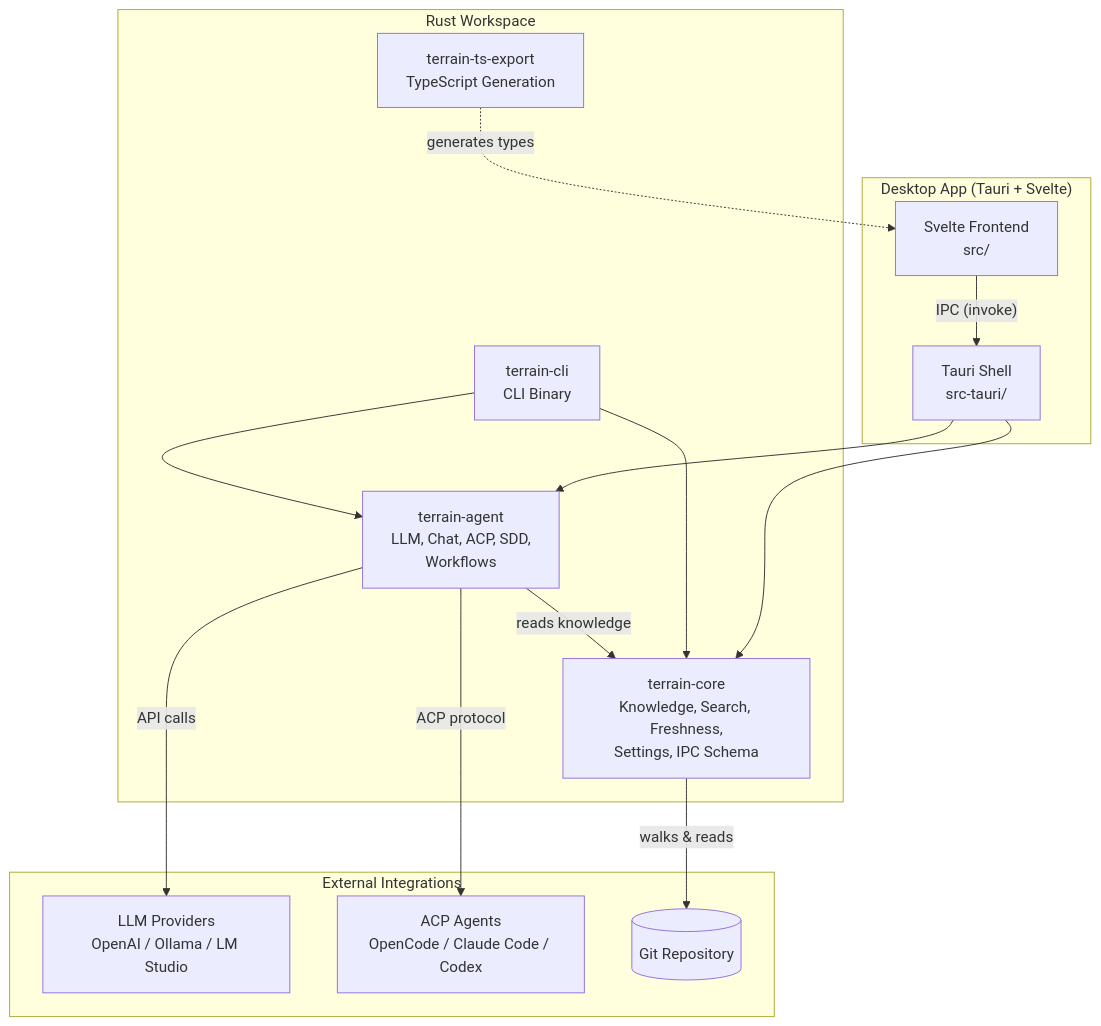
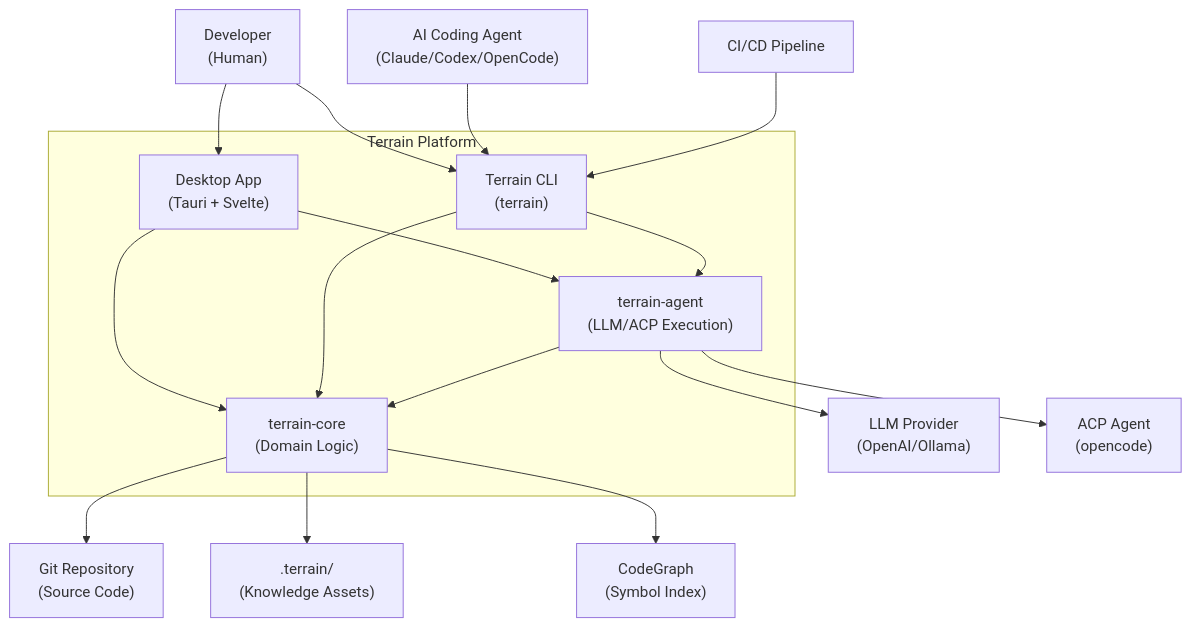
One commit to sopaco/terrain changed the diagram in .terrain/human/1.Overview.md. Above: the diagram before and after it, drawn with Mermaid. The commit also changed other lines of this file and 10 other files, not shown here.

Commit message:
update terrain assets

````diff
--- a/.terrain/human/1.Overview.md
+++ b/.terrain/human/1.Overview.md
@@ -33,31 +25,34 @@
 ```mermaid
 graph TB
-    subgraph Desktop["Desktop App (Tauri + Svelte)"]
-        UI["Svelte Frontend<br/>src/"]
-        Tauri["Tauri Shell<br/>src-tauri/"]
+    Dev["Developer<br/>(Human)"]
+    Agent["AI Coding Agent<br/>(Claude/Codex/OpenCode)"]
+    CI["CI/CD Pipeline"]
+
+    subgraph TerrainSystem["Terrain Platform"]
+        Desktop["Desktop App<br/>(Tauri + Svelte)"]
+        CLI["Terrain CLI<br/>(terrain)"]
+        Core["terrain-core<br/>(Domain Logic)"]
+        Exec["terrain-agent<br/>(LLM/ACP Execution)"]
     end
 
-    subgraph Crates["Rust Workspace"]
-        Core["terrain-core<br/>Knowledge, Search, Freshness,<br/>Settings, IPC Schema"]
-        Agent["terrain-agent<br/>LLM, Chat, ACP, SDD,<br/>Workflows"]
-        CLI["terrain-cli<br/>CLI Binary"]
-        TSExp["terrain-ts-export<br/>TypeScript Generation"]
-    end
+    Git["Git Repository<br/>(Source Code)"]
+    TerrainDir[".terrain/<br/>(Knowledge Assets)"]
+    LLM["LLM Provider<br/>(OpenAI/Ollama)"]
+    ACPAgent["ACP Agent<br/>(opencode)"]
+    CodeGraph["CodeGraph<br/>(Symbol Index)"]
 
-    subgraph External["External Integrations"]
-        LLM["LLM Providers<br/>OpenAI / Ollama / LM Studio"]
-        ACPExt["ACP Agents<br/>OpenCode / Claude Code / Codex"]
-        Git[("Git Repository")]
-    end
-
-    UI -->|"IPC (invoke)"| Tauri
-    Tauri --> Core
-    Tauri --> Agent
+    Dev --> Desktop
+    Dev --> CLI
+    Agent --> CLI
+    CI --> CLI
+    Desktop --> Core
+    Desktop --> Exec
     CLI --> Core
-    CLI --> Agent
-    TSExp -.->|"generates types"| UI
-    Agent -->|"API calls"| LLM
-    Agent -->|"ACP protocol"| ACPExt
-    Core -->|"walks & reads"| Git
-    Agent -->|"reads knowledge"| Core
+    CLI --> Exec
+    Exec --> Core
+    Exec --> LLM
+    Exec --> ACPAgent
+    Core --> Git
+    Core --> TerrainDir
+    Core --> CodeGraph
 ```
````
